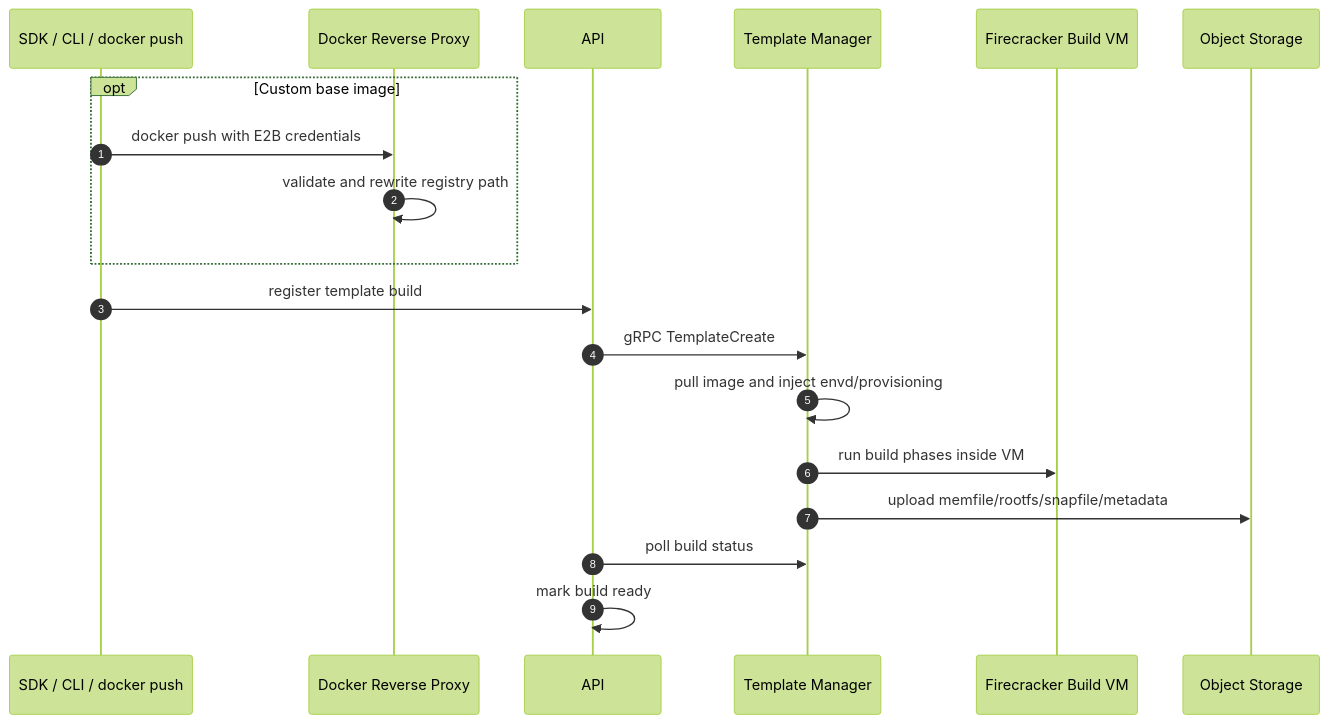
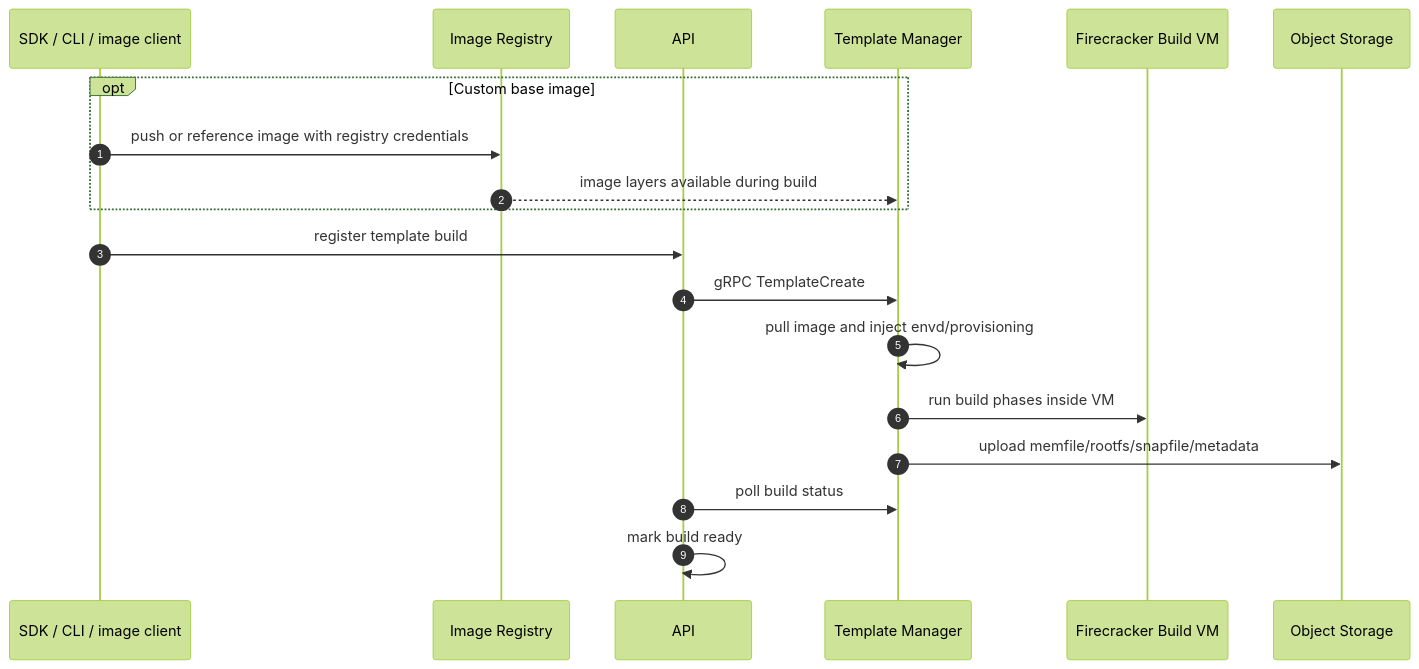
Before and after one commit to kebyn/AI-Infrastructure: the sixth of 8 diagrams in E2B-Deep-Dive.md, drawn with Mermaid (forest theme). The commit also changed other lines of this file and 2 other files, not shown here.

````diff
--- a/E2B-Deep-Dive.md
+++ b/E2B-Deep-Dive.md
@@ -696,22 +732,22 @@
 ```mermaid
 sequenceDiagram
     autonumber
-    participant C as SDK / CLI / docker push
-    participant DRP as Docker Reverse Proxy
+    participant C as SDK / CLI / image client
+    participant REG as Image Registry
     participant API as API
     participant TM as Template Manager
     participant FC as Firecracker Build VM
     participant OS as Object Storage
 
     opt Custom base image
-        C->>DRP: docker push with E2B credentials
-        DRP->>DRP: validate and rewrite registry path
+        C->>REG: push or reference image with registry credentials
+        REG-->>TM: image layers available during build
     end
     C->>API: register template build
     API->>TM: gRPC TemplateCreate
     TM->>TM: pull image and inject envd/provisioning
     TM->>FC: run build phases inside VM
     TM->>OS: upload memfile/rootfs/snapfile/metadata
     API->>TM: poll build status
     API->>API: mark build ready
 ```
````
